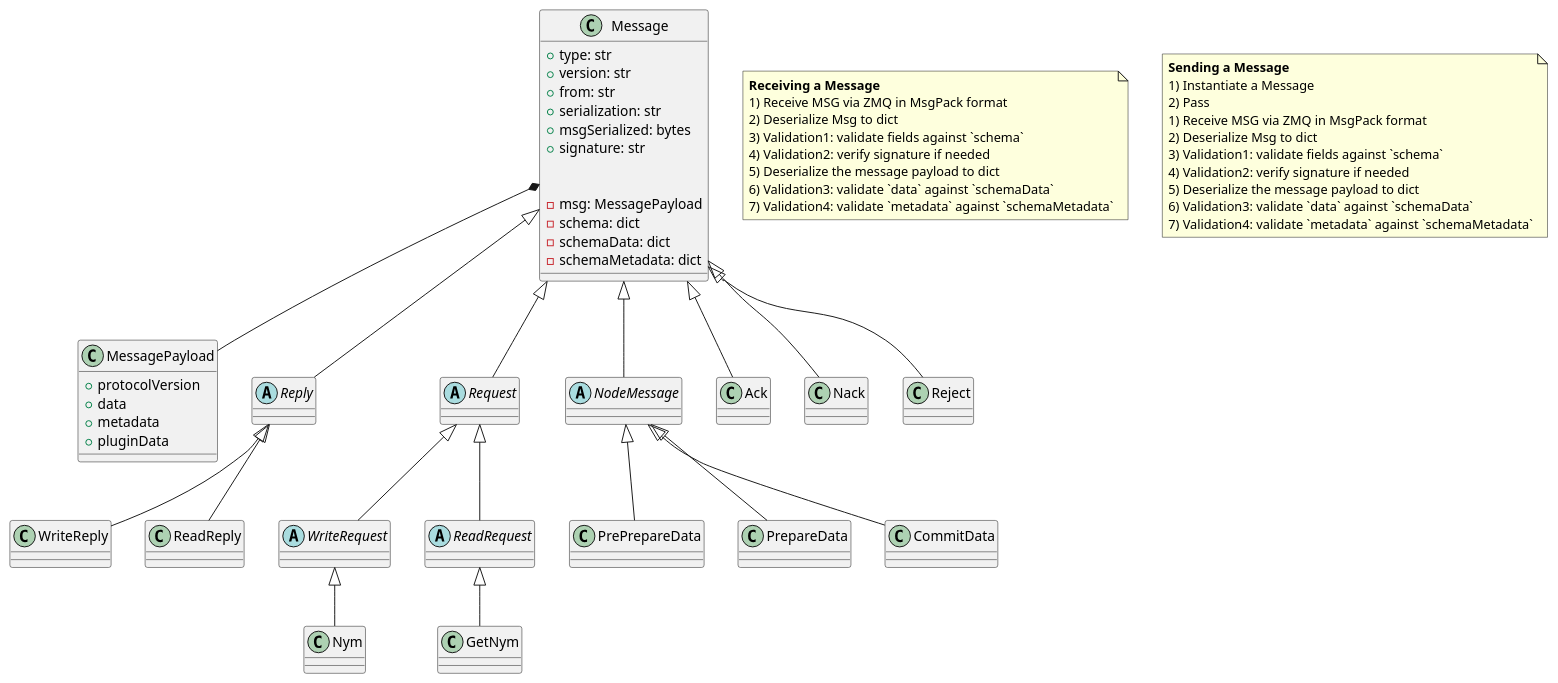
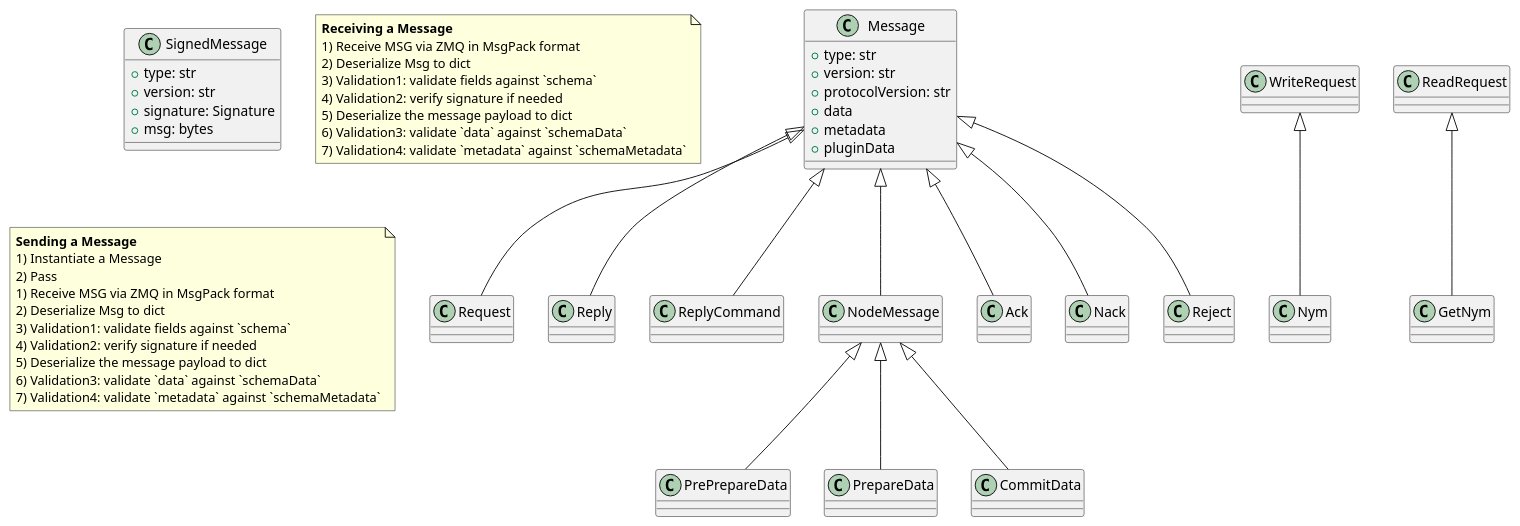
One commit to udosson/indy-plenum changed the diagram in docs/messages.puml. Above: the diagram before and after it, drawn with PlantUML. The commit also changed 8 other files, not shown here.

```diff
--- a/docs/messages.puml
+++ b/docs/messages.puml
@@ -1,88 +1,64 @@
 @startuml
 
 class Message {
 +type: str
 +version: str
-+from: str
-+serialization: str
-+msgSerialized: bytes
-+signature: str
-\n
--msg: MessagePayload
--schema: dict
--schemaData: dict
--schemaMetadata: dict
-}
-
-class MessagePayload {
-+protocolVersion
++protocolVersion: str
 +data
 +metadata
 +pluginData
 }
 
-
-abstract class Reply {
+class SignedMessage {
++type: str
++version: str
++signature: Signature
++msg: bytes
 }
 
-abstract class Request {
-}
 
-abstract class WriteRequest {
-}
-
-abstract class ReadRequest {
-}
-
-abstract class NodeMessage {
-}
-
-Message *-- MessagePayload
 
 Message <|-- Request
-Request <|-- WriteRequest
-Request <|-- ReadRequest
 
 Message <|-- Reply
-Reply <|-- WriteReply
-Reply <|-- ReadReply
+Message <|-- ReplyCommand
 
 Message <|-- NodeMessage
 
 Message <|-- Ack
 Message <|-- Nack
 Message <|-- Reject
 
 WriteRequest <|-- Nym
 ReadRequest <|-- GetNym
 
 NodeMessage <|-- PrePrepareData
 NodeMessage <|-- PrepareData
 NodeMessage <|-- CommitData
 
 note as N1
 <b>Receiving a Message</b>
 1) Receive MSG via ZMQ in MsgPack format
 2) Deserialize Msg to dict
 3) Validation1: validate fields against `schema`
 4) Validation2: verify signature if needed
 5) Deserialize the message payload to dict
 6) Validation3: validate `data` against `schemaData`
 7) Validation4: validate `metadata` against `schemaMetadata`
 end note
 
 note as N2
 <b>Sending a Message</b>
 1) Instantiate a Message
 2) Pass
 1) Receive MSG via ZMQ in MsgPack format
 2) Deserialize Msg to dict
 3) Validation1: validate fields against `schema`
 4) Validation2: verify signature if needed
 5) Deserialize the message payload to dict
 6) Validation3: validate `data` against `schemaData`
 7) Validation4: validate `metadata` against `schemaMetadata`
 end note
 
 
 @enduml
```
